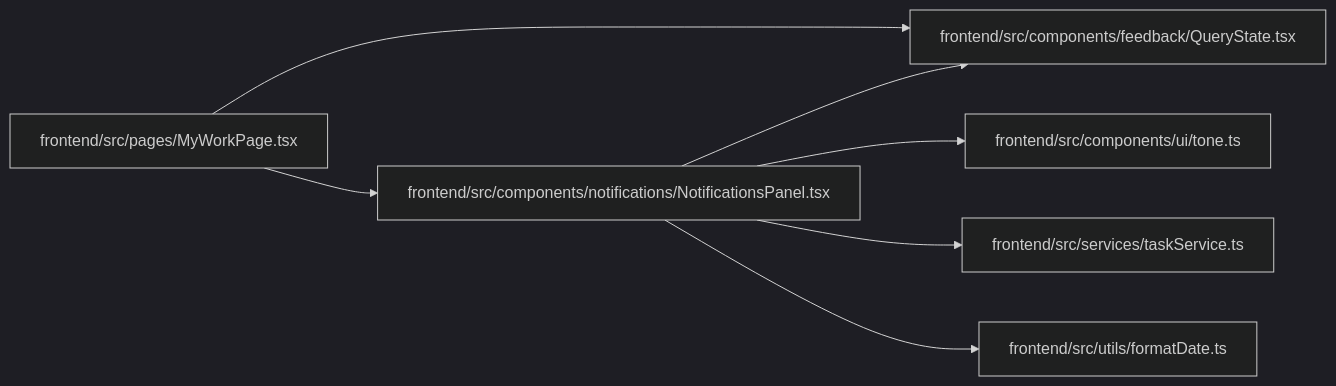
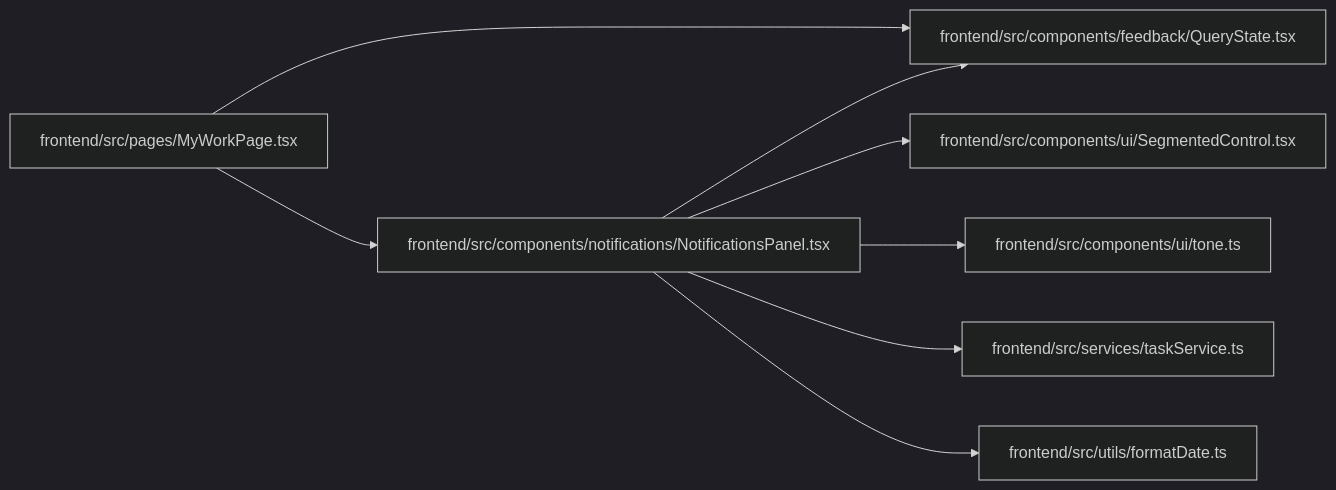
One commit to Denissvgn/WorkChord changed the diagram in docs/llm_wiki/modules/NotificationsPanel.md. Above: the diagram before and after it, drawn with Mermaid (dark theme). The commit also changed other lines of this file and 340 other files, not shown here.

````diff
--- a/docs/llm_wiki/modules/NotificationsPanel.md
+++ b/docs/llm_wiki/modules/NotificationsPanel.md
@@ -34,21 +35,24 @@
 ```mermaid
 flowchart LR
     n0["frontend/src/components/feedback/QueryState.tsx"]
     n1["frontend/src/components/notifications/NotificationsPanel.tsx"]
-    n2["frontend/src/components/ui/tone.ts"]
-    n3["frontend/src/pages/MyWorkPage.tsx"]
-    n4["frontend/src/services/taskService.ts"]
-    n5["frontend/src/utils/formatDate.ts"]
+    n2["frontend/src/components/ui/SegmentedControl.tsx"]
+    n3["frontend/src/components/ui/tone.ts"]
+    n4["frontend/src/pages/MyWorkPage.tsx"]
+    n5["frontend/src/services/taskService.ts"]
+    n6["frontend/src/utils/formatDate.ts"]
     n1 --> n0
     n1 --> n2
-    n1 --> n4
+    n1 --> n3
     n1 --> n5
-    n3 --> n0
-    n3 --> n1
+    n1 --> n6
+    n4 --> n0
+    n4 --> n1
     click n0 "../modules/QueryState.md"
     click n1 "../modules/NotificationsPanel.md"
-    click n2 "../modules/tone.md"
-    click n3 "../modules/MyWorkPage.md"
-    click n4 "../modules/taskService.md"
-    click n5 "../modules/formatDate.md"
+    click n2 "../modules/SegmentedControl.md"
+    click n3 "../modules/tone.md"
+    click n4 "../modules/MyWorkPage.md"
+    click n5 "../modules/taskService.md"
+    click n6 "../modules/formatDate.md"
 ```
````
